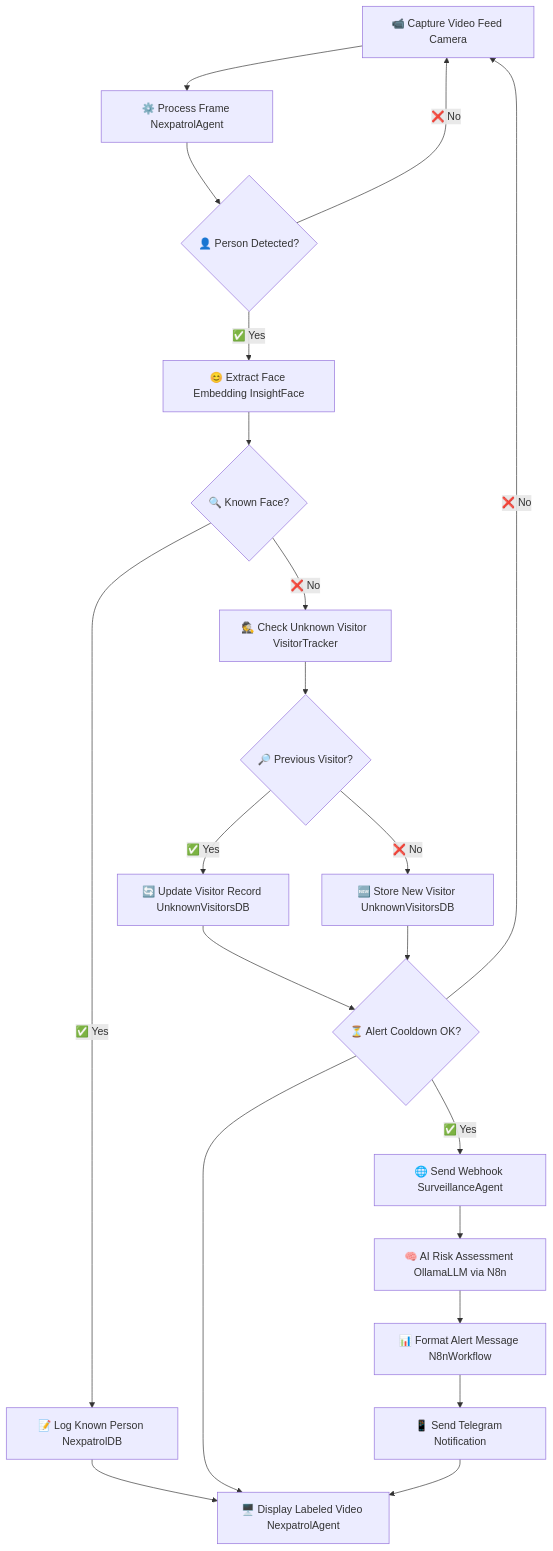
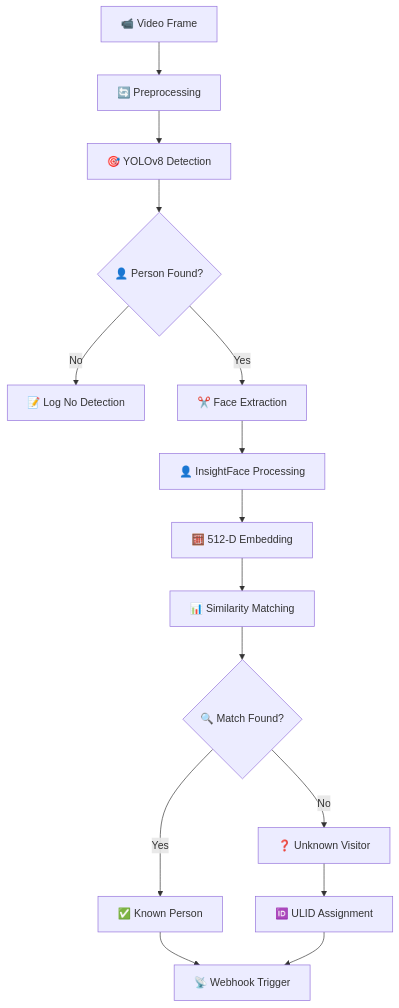
Before and after one commit to urssiva1/urssiva1: the third of 4 diagrams in README.md, drawn with Mermaid. The commit also changed other lines of this file, not shown here.

````diff
--- a/README.md
+++ b/README.md
@@ -233,23 +734,17 @@
 ```mermaid
 graph TD
-    A[📹 Capture Video Feed Camera] --> B[⚙️ Process Frame NexpatrolAgent]
-    B --> C{👤 Person Detected?}
-    C -->|❌ No| A
-    C -->|✅ Yes| D[😊 Extract Face Embedding InsightFace]
-    D --> E{🔍 Known Face?}
-    E -->|✅ Yes| F[📝 Log Known Person NexpatrolDB]
-    E -->|❌ No| G[🕵️ Check Unknown Visitor VisitorTracker]
-    G --> H{🔎 Previous Visitor?}
-    H -->|✅ Yes| I[🔄 Update Visitor Record UnknownVisitorsDB]
-    H -->|❌ No| J[🆕 Store New Visitor UnknownVisitorsDB]
-    I --> K{⏳ Alert Cooldown OK?}
-    J --> K
-    K -->|❌ No| A
-    K -->|✅ Yes| L[🌐 Send Webhook SurveillanceAgent]
-    L --> M[🧠 AI Risk Assessment OllamaLLM via N8n]
-    M --> N[📊 Format Alert Message N8nWorkflow]
-    N --> O[📱 Send Telegram Notification]
-    F --> P[🖥️ Display Labeled Video NexpatrolAgent]
-    K --> P
-    O --> P
+    A[📹 Video Frame] --> B[🔄 Preprocessing]
+    B --> C[🎯 YOLOv8 Detection]
+    C --> D{👤 Person Found?}
+    D -->|No| E[📝 Log No Detection]
+    D -->|Yes| F[✂️ Face Extraction]
+    F --> G[👤 InsightFace Processing]
+    G --> H[🧮 512-D Embedding]
+    H --> I[📊 Similarity Matching]
+    I --> J{🔍 Match Found?}
+    J -->|Yes| K[✅ Known Person]
+    J -->|No| L[❓ Unknown Visitor]
+    K --> M[📡 Webhook Trigger]
+    L --> N[🆔 ULID Assignment]
+    N --> M
 ```
````
